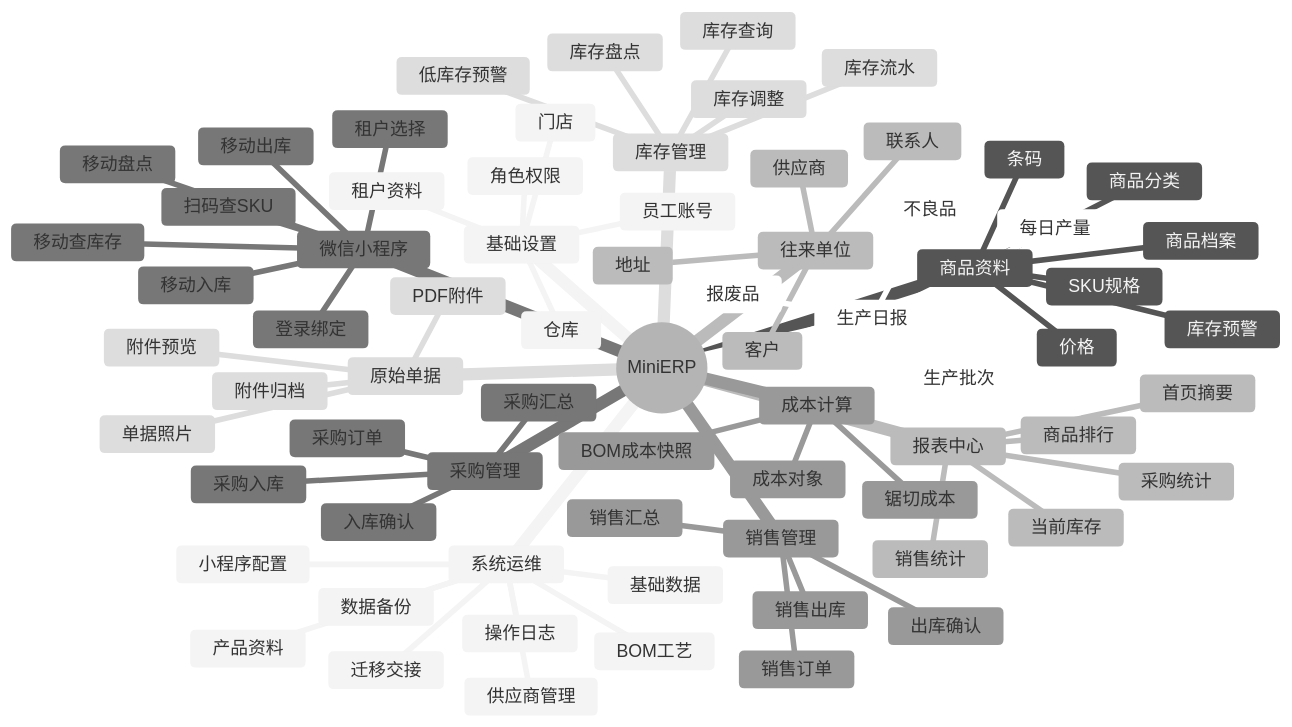
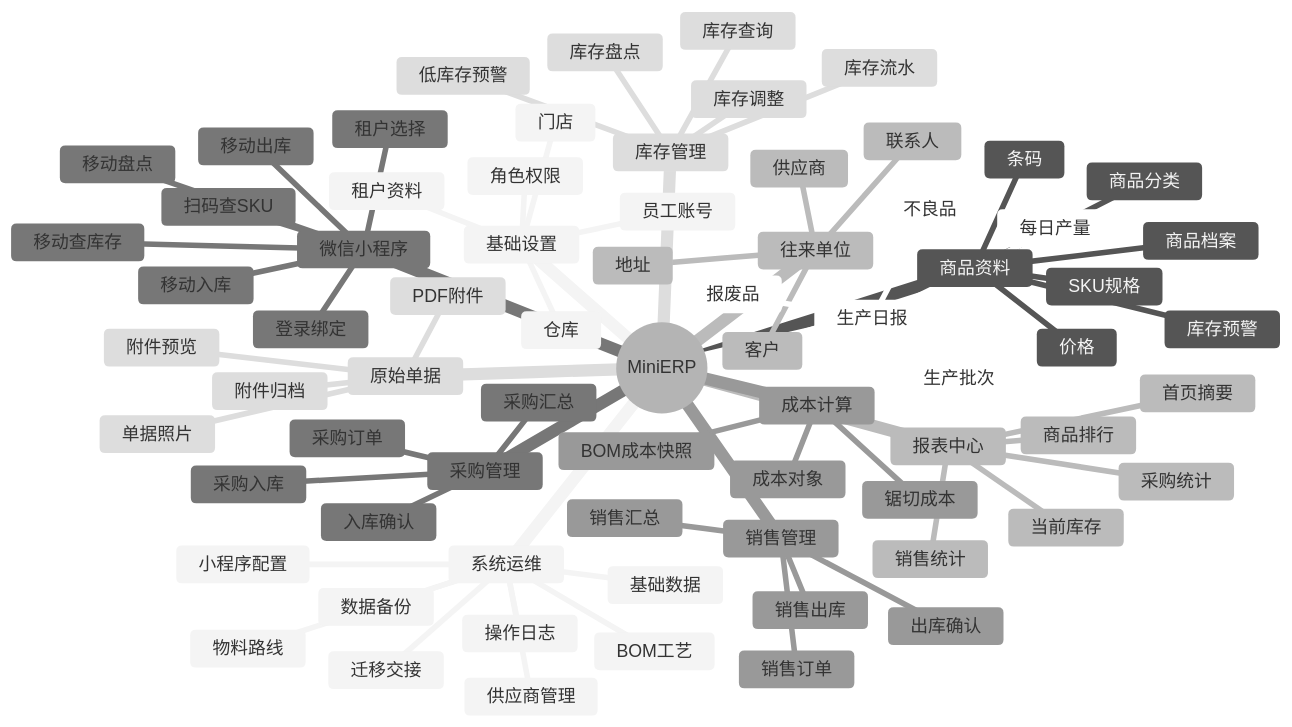
The first of 4 diagrams in docs/minierp/feature-model.md (goldf2/mes-lite), drawn with Mermaid (neutral theme) before and after one commit. The commit also changed other lines of this file and 40 other files, not shown here.

````diff
--- a/docs/minierp/feature-model.md
+++ b/docs/minierp/feature-model.md
@@ -21,75 +22,75 @@
 ```mermaid
 mindmap
   root((MiniERP))
     基础设置
       租户资料
       员工账号
       角色权限
       门店
       仓库
     商品资料
       商品分类
       商品档案
       SKU规格
       条码
       价格
       库存预警
     往来单位
       客户
       供应商
       联系人
       地址
     采购管理
       采购订单
       采购入库
       入库确认
       采购汇总
     销售管理
       销售订单
       销售出库
       出库确认
       销售汇总
     库存管理
       库存查询
       库存流水
       库存盘点
       库存调整
       低库存预警
     生产日报
       每日产量
       不良品
       报废品
       生产批次
     原始单据
       单据照片
       PDF附件
       附件预览
       附件归档
     报表中心
       首页摘要
       当前库存
       采购统计
       销售统计
       商品排行
     成本计算
       锯切成本
       成本对象
       BOM成本快照
     微信小程序
       登录绑定
       租户选择
       移动查库存
       扫码查SKU
       移动入库
       移动出库
       移动盘点
     系统运维
       基础数据
       供应商管理
-      产品资料
+      物料路线
       BOM工艺
       小程序配置
       数据备份
       操作日志
       迁移交接
 ```
````
